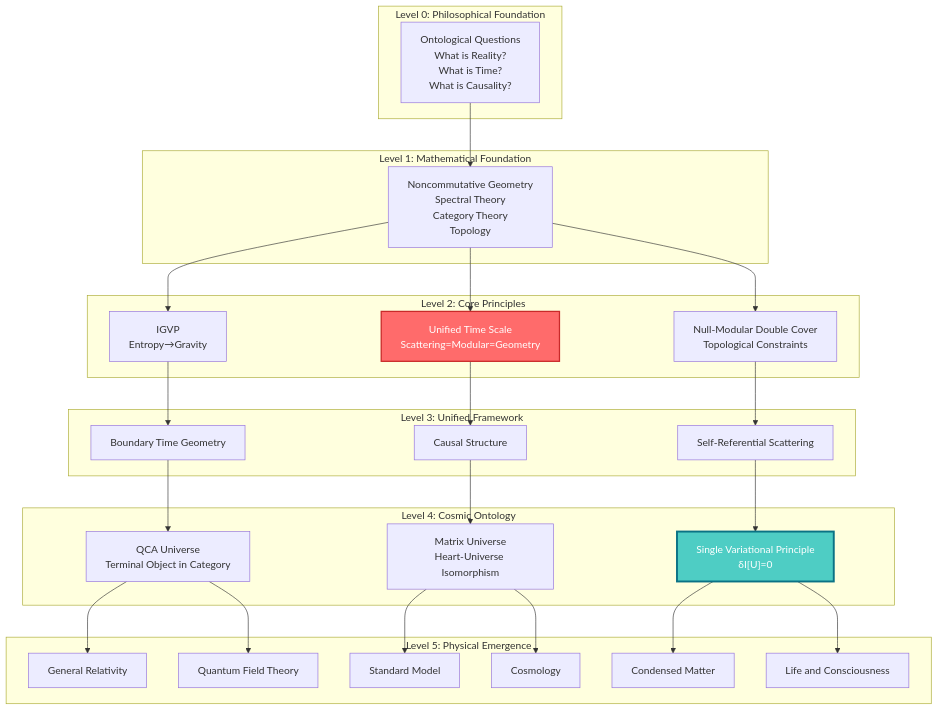
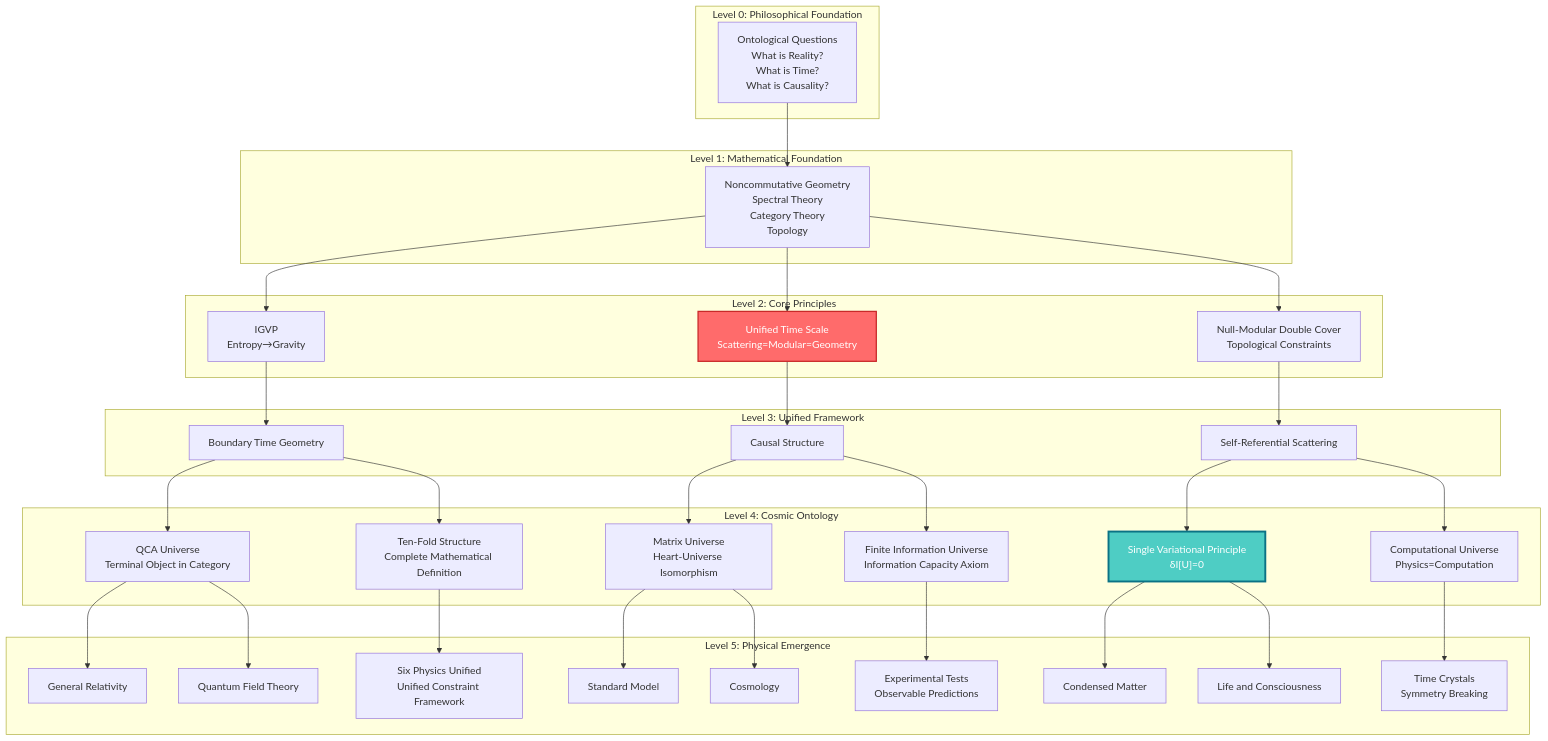
The third of 3 diagrams in docs/euler-article/gls-union/index_en.md (loning/zeckendorf-hilbert), drawn with Mermaid before and after one commit. The commit also changed other lines of this file and 1 other file, not shown here.

````diff
--- a/docs/euler-article/gls-union/index_en.md
+++ b/docs/euler-article/gls-union/index_en.md
@@ -360,60 +610,72 @@
 ```mermaid
 graph TD
     subgraph "Level 0: Philosophical Foundation"
         Phil["Ontological Questions<br/>What is Reality?<br/>What is Time?<br/>What is Causality?"]
     end
 
     subgraph "Level 1: Mathematical Foundation"
         Math["Noncommutative Geometry<br/>Spectral Theory<br/>Category Theory<br/>Topology"]
     end
 
     subgraph "Level 2: Core Principles"
         Core1["IGVP<br/>Entropy→Gravity"]
         Core2["Unified Time Scale<br/>Scattering=Modular=Geometry"]
         Core3["Null-Modular Double Cover<br/>Topological Constraints"]
     end
 
     subgraph "Level 3: Unified Framework"
         Frame1["Boundary Time Geometry"]
         Frame2["Causal Structure"]
         Frame3["Self-Referential Scattering"]
     end
 
     subgraph "Level 4: Cosmic Ontology"
         Onto1["QCA Universe<br/>Terminal Object in Category"]
         Onto2["Matrix Universe<br/>Heart-Universe Isomorphism"]
         Onto3["Single Variational Principle<br/>δI[U]=0"]
+        Onto4["Ten-Fold Structure<br/>Complete Mathematical Definition"]
+        Onto5["Finite Information Universe<br/>Information Capacity Axiom"]
+        Onto6["Computational Universe<br/>Physics=Computation"]
     end
 
     subgraph "Level 5: Physical Emergence"
         Phys1["General Relativity"]
         Phys2["Quantum Field Theory"]
         Phys3["Standard Model"]
         Phys4["Cosmology"]
         Phys5["Condensed Matter"]
         Phys6["Life and Consciousness"]
+        Phys7["Six Physics Unified<br/>Unified Constraint Framework"]
+        Phys8["Experimental Tests<br/>Observable Predictions"]
+        Phys9["Time Crystals<br/>Symmetry Breaking"]
     end
 
     Phil --> Math
     Math --> Core1
     Math --> Core2
     Math --> Core3
 
     Core1 --> Frame1
     Core2 --> Frame2
     Core3 --> Frame3
 
     Frame1 --> Onto1
     Frame2 --> Onto2
     Frame3 --> Onto3
+    Frame1 --> Onto4
+    Frame2 --> Onto5
+    Frame3 --> Onto6
 
     Onto1 --> Phys1
     Onto1 --> Phys2
     Onto2 --> Phys3
     Onto2 --> Phys4
     Onto3 --> Phys5
     Onto3 --> Phys6
+    Onto4 --> Phys7
+    Onto5 --> Phys8
+    Onto6 --> Phys9
 
     style Onto3 fill:#4ecdc4,stroke:#0b7285,stroke-width:3px,color:#fff
     style Core2 fill:#ff6b6b,stroke:#c92a2a,stroke-width:2px,color:#fff
 ```
````
